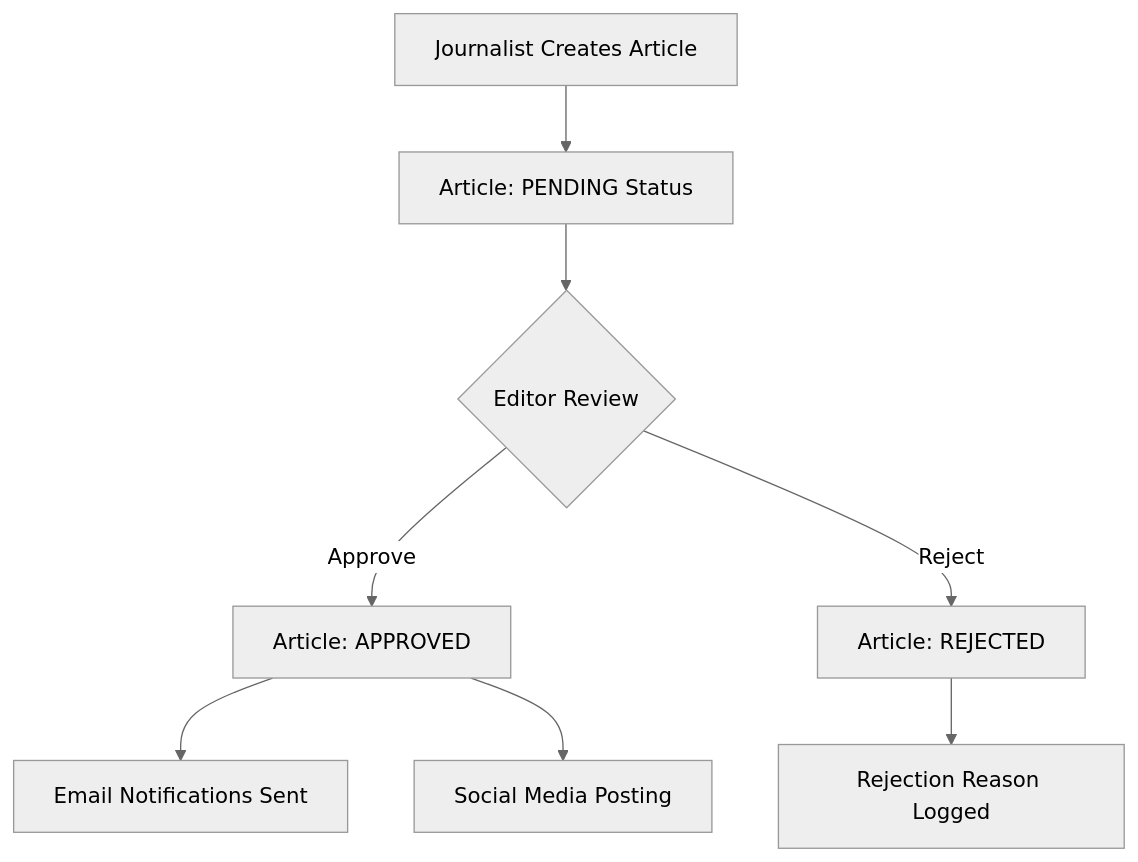
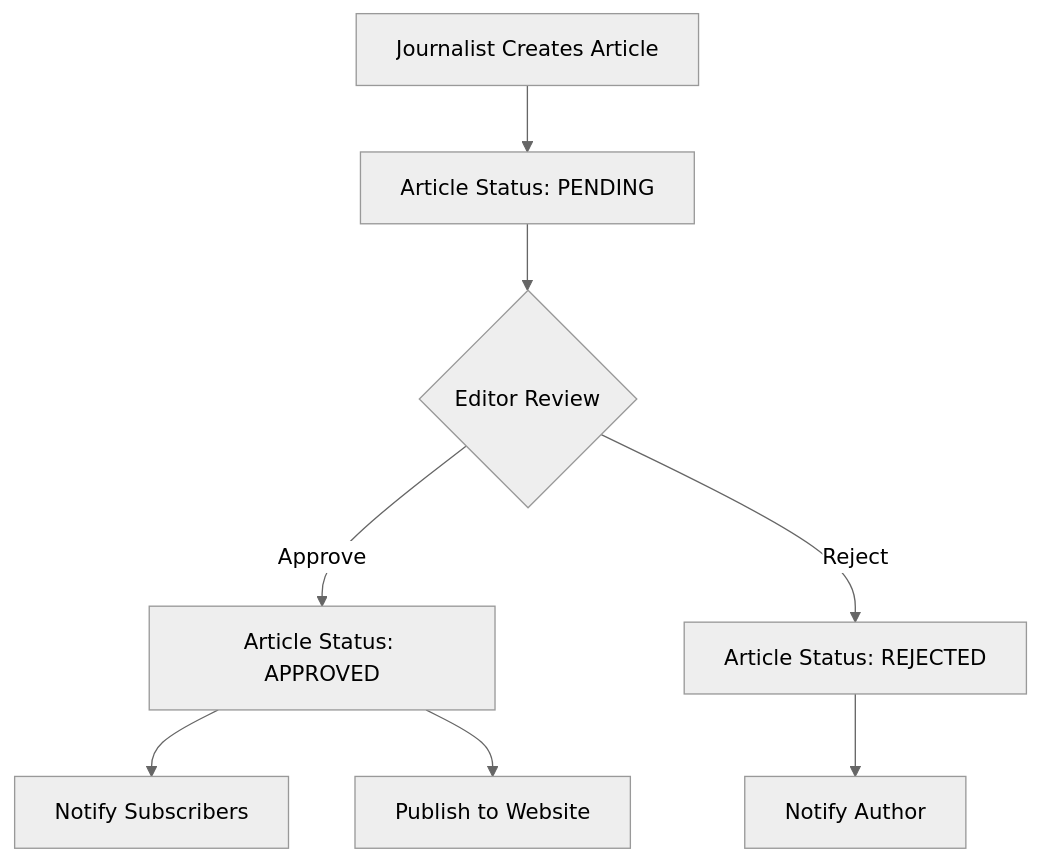
Before and after one commit to 2025-HD-BC/Django-New-Portal---Capstone-Project: the diagram in README.md, drawn with Mermaid (neutral theme). The commit also changed other lines of this file, not shown here.

````diff
--- a/README.md
+++ b/README.md
@@ -297,10 +359,10 @@
 ```mermaid
 graph TD
-    A[Journalist Creates Article] --> B[Article: PENDING Status]
+    A[Journalist Creates Article] --> B[Article Status: PENDING]
     B --> C{Editor Review}
-    C -->|Approve| D[Article: APPROVED]
-    C -->|Reject| E[Article: REJECTED]
-    D --> F[Email Notifications Sent]
-    D --> G[Social Media Posting]
-    E --> H[Rejection Reason Logged]
+    C -->|Approve| D[Article Status: APPROVED]
+    C -->|Reject| E[Article Status: REJECTED]
+    D --> F[Notify Subscribers]
+    D --> G[Publish to Website]
+    E --> H[Notify Author]
 ```
````
